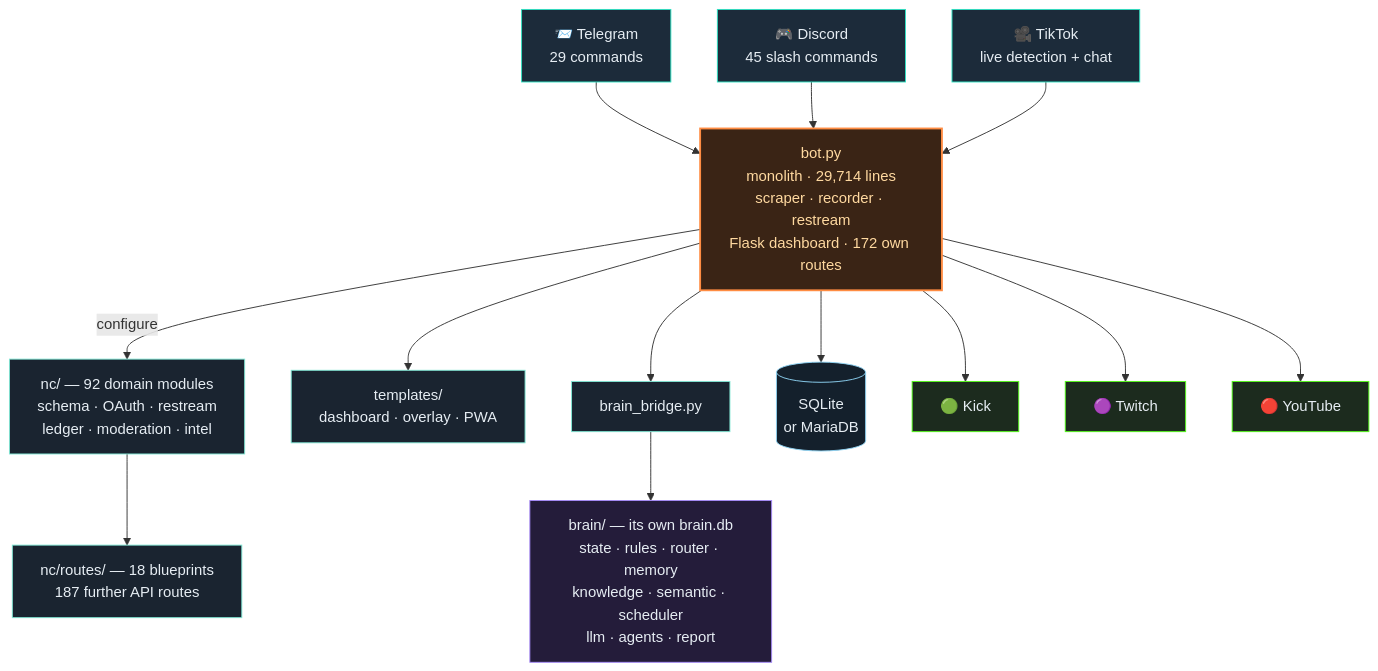
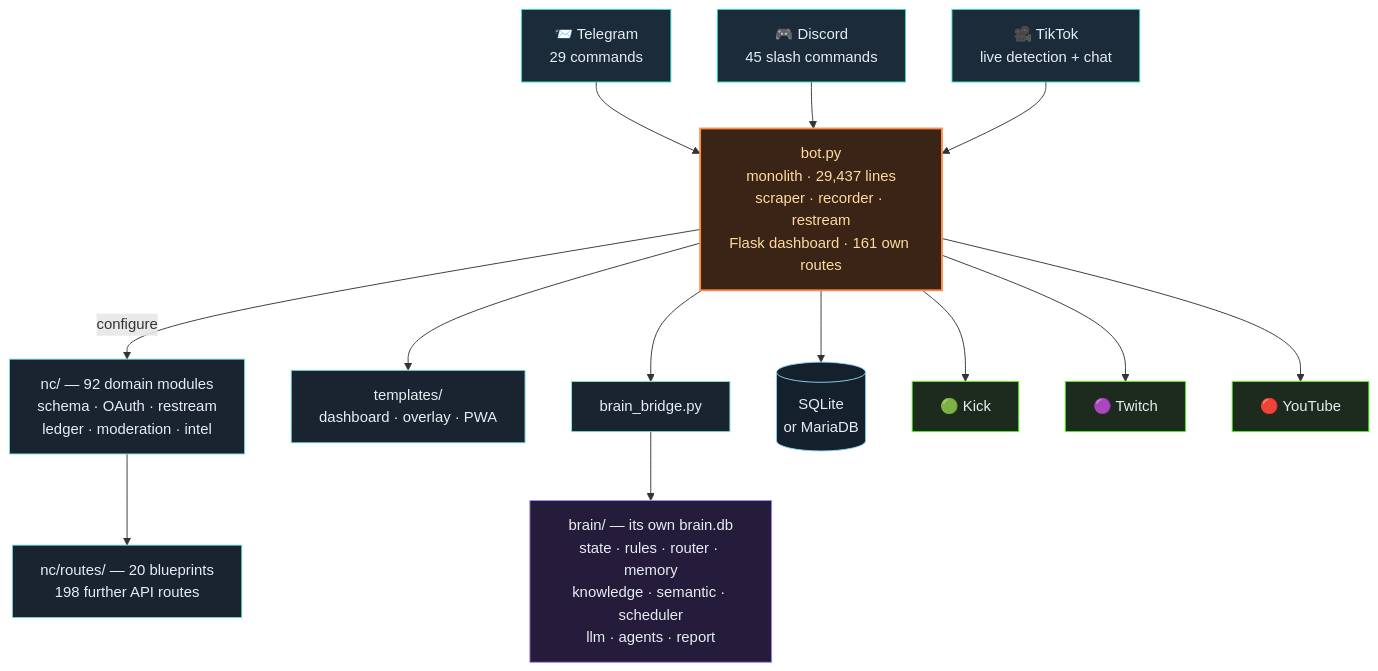
The third of 4 diagrams in README.en.md (itsamemedev/Telegram-Stream-Info-Bot), drawn with Mermaid before and after one commit. The commit also changed other lines of this file and 15 other files, not shown here.

````diff
--- a/README.en.md
+++ b/README.en.md
@@ -190,30 +190,30 @@
 ```mermaid
 flowchart TB
     TG["📨 Telegram<br/>29 commands"]:::ein
     DC["🎮 Discord<br/>45 slash commands"]:::ein
     TT["🎥 TikTok<br/>live detection + chat"]:::ein
 
     TG --> BOT
     DC --> BOT
     TT --> BOT
 
-    BOT["bot.py<br/>monolith · 29,714 lines<br/>scraper · recorder · restream<br/>Flask dashboard · 172 own routes"]:::core
+    BOT["bot.py<br/>monolith · 29,437 lines<br/>scraper · recorder · restream<br/>Flask dashboard · 161 own routes"]:::core
 
     BOT -->|configure| NC["nc/ — 92 domain modules<br/>schema · OAuth · restream<br/>ledger · moderation · intel"]:::lib
-    NC --> RT["nc/routes/ — 18 blueprints<br/>187 further API routes"]:::lib
+    NC --> RT["nc/routes/ — 20 blueprints<br/>198 further API routes"]:::lib
     BOT --> TPL["templates/<br/>dashboard · overlay · PWA"]:::lib
     BOT --> BR["brain_bridge.py"]:::lib
     BR --> BRAIN["brain/ — its own brain.db<br/>state · rules · router · memory<br/>knowledge · semantic · scheduler<br/>llm · agents · report"]:::brain
     BOT --> DB[("SQLite<br/>or MariaDB")]:::db
 
     BOT --> KICK["🟢 Kick"]:::out
     BOT --> TW["🟣 Twitch"]:::out
     BOT --> YT["🔴 YouTube"]:::out
 
     classDef ein fill:#1c2b3a,stroke:#2de1c2,color:#e6edf3
     classDef core fill:#3a2415,stroke:#ff8c42,stroke-width:2px,color:#ffd9a0
     classDef lib fill:#1a2430,stroke:#7fe7d4,color:#e6edf3
     classDef brain fill:#241c3a,stroke:#a78bfa,color:#e6edf3
     classDef db fill:#14202c,stroke:#8fd3f4,color:#e6edf3
     classDef out fill:#1c2b1e,stroke:#53fc18,color:#e6edf3
 ```
````
